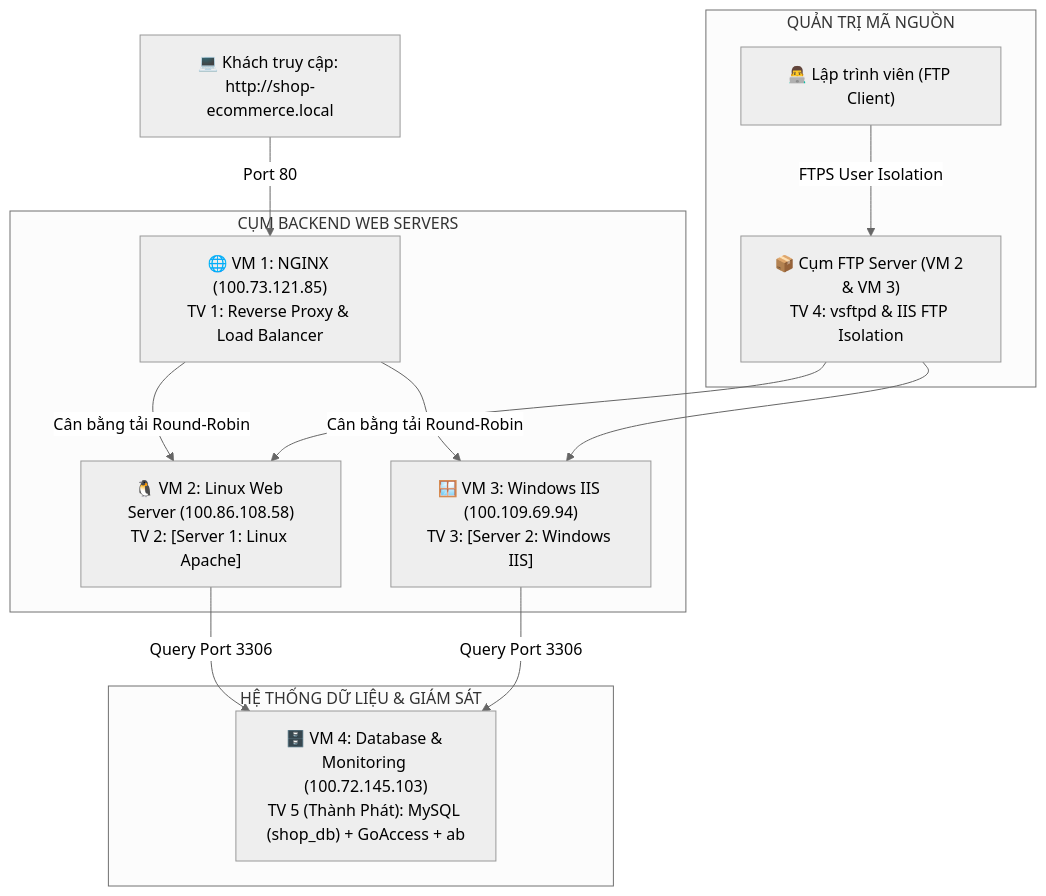
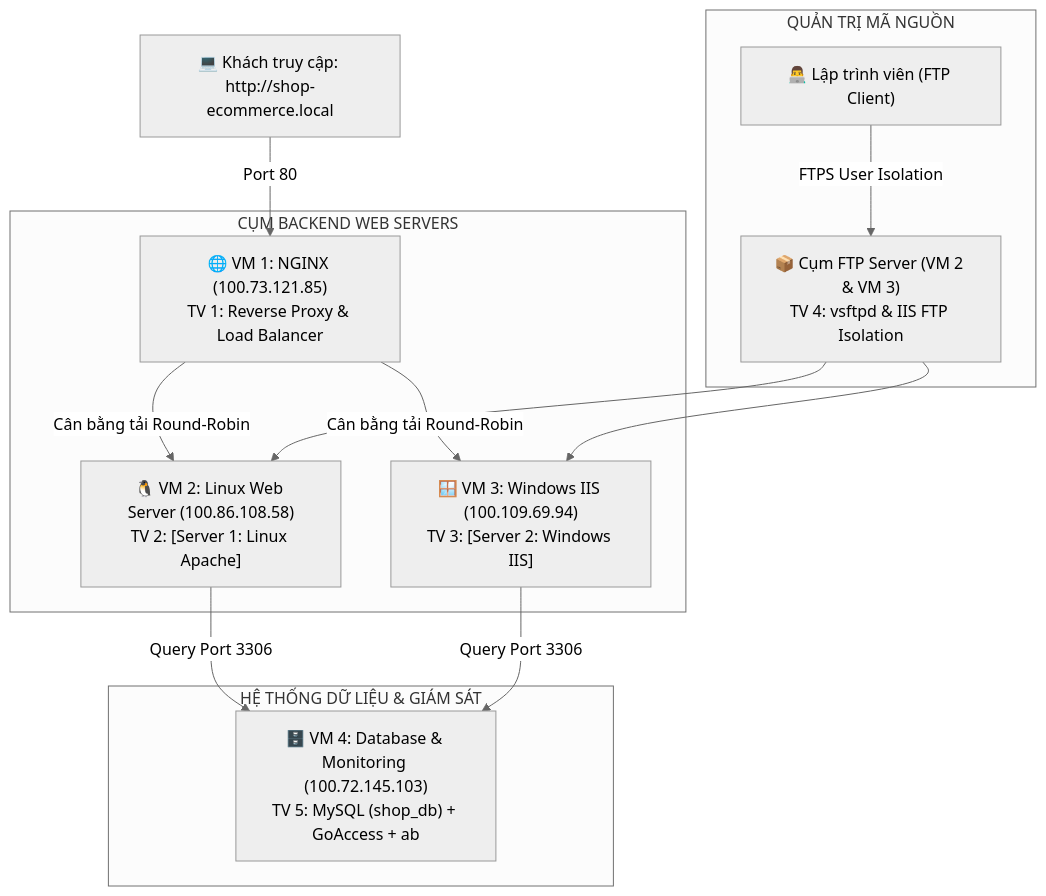
Before and after one commit to vannam52/Network-administrator: the second of 2 diagrams in README.md, drawn with Mermaid (neutral theme). The commit also changed other lines of this file and 112 other files, not shown here.

````diff
--- a/README.md
+++ b/README.md
@@ -72,20 +146,20 @@
 ```mermaid
 graph TD
     Client["💻 Khách truy cập: http://shop-ecommerce.local"] -->|Port 80| VM1["🌐 VM 1: NGINX (100.73.121.85)<br>TV 1: Reverse Proxy & Load Balancer"]
     
     subgraph "CỤM BACKEND WEB SERVERS"
         VM1 -->|Cân bằng tải Round-Robin| VM2["🐧 VM 2: Linux Web Server (100.86.108.58)<br>TV 2: [Server 1: Linux Apache]"]
         VM1 -->|Cân bằng tải Round-Robin| VM3["🪟 VM 3: Windows IIS (100.109.69.94)<br>TV 3: [Server 2: Windows IIS]"]
     end
 
     subgraph "HỆ THỐNG DỮ LIỆU & GIÁM SÁT"
-        VM2 -->|Query Port 3306| VM4["🗄️ VM 4: Database & Monitoring (100.72.145.103)<br>TV 5 (Thành Phát): MySQL (shop_db) + GoAccess + ab"]
+        VM2 -->|Query Port 3306| VM4["🗄️ VM 4: Database & Monitoring (100.72.145.103)<br>TV 5: MySQL (shop_db) + GoAccess + ab"]
         VM3 -->|Query Port 3306| VM4
     end
 
     subgraph "QUẢN TRỊ MÃ NGUỒN"
         Dev["👨‍💻 Lập trình viên (FTP Client)"] -->|FTPS User Isolation| FTP["📦 Cụm FTP Server (VM 2 & VM 3)<br>TV 4: vsftpd & IIS FTP Isolation"]
         FTP --> VM2
         FTP --> VM3
     end
 ```
````
